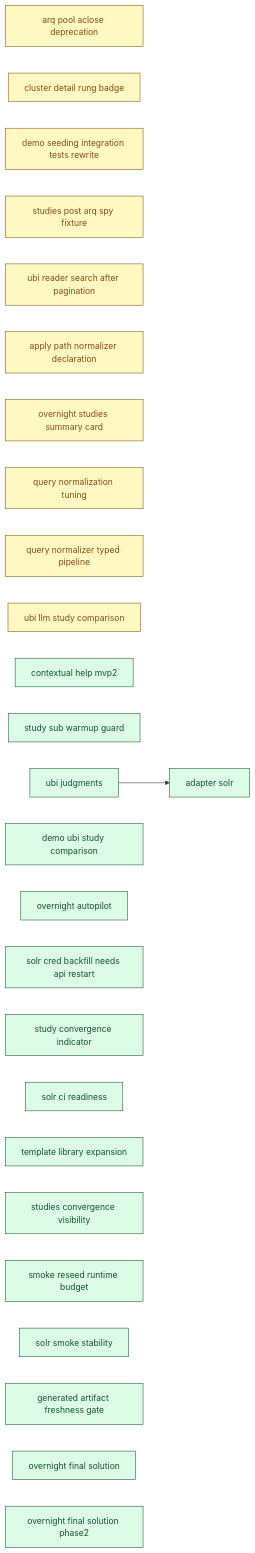
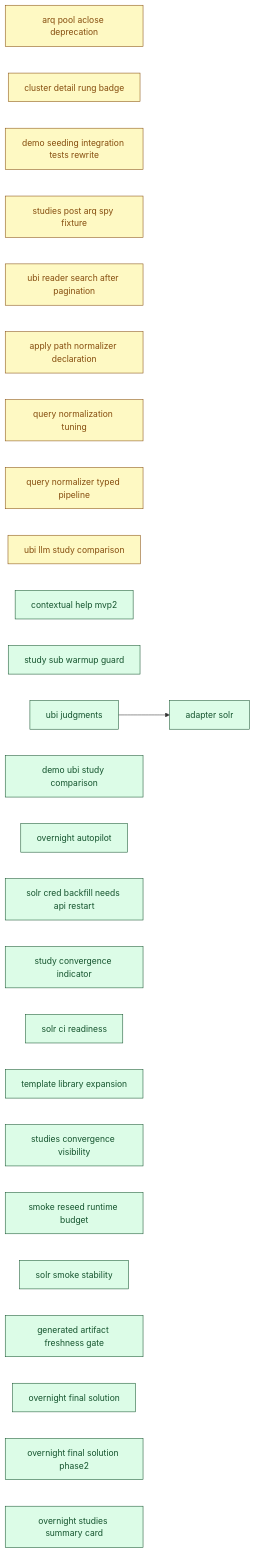
The diagram in docs/00_overview/MVP2_DASHBOARD.md (SoundMindsAI/relyloop), drawn with Mermaid before and after one commit. The commit also changed other lines of this file and 10 other files, not shown here.

First line of the commit message:
docs: finalize feat_overnight_studies_summary_card (PR #444 merged) (#445)

````diff
--- a/docs/00_overview/MVP2_DASHBOARD.md
+++ b/docs/00_overview/MVP2_DASHBOARD.md
@@ -114,61 +114,61 @@
 ```mermaid
 graph LR
   classDef done fill:#dcfce7,stroke:#14532d,color:#14532d;
   classDef implement fill:#ffedd5,stroke:#9a3412,color:#9a3412;
   classDef plan fill:#fef9c3,stroke:#854d0e,color:#854d0e;
   classDef spec fill:#dbeafe,stroke:#1e40af,color:#1e40af;
   classDef idea fill:#f1f5f9,stroke:#334155,color:#334155;
   chore_arq_pool_aclose_deprecation["arq pool aclose deprecation"]
   class chore_arq_pool_aclose_deprecation plan;
   chore_cluster_detail_rung_badge["cluster detail rung badge"]
   class chore_cluster_detail_rung_badge plan;
   chore_demo_seeding_integration_tests_rewrite["demo seeding integration tests rewrite"]
   class chore_demo_seeding_integration_tests_rewrite plan;
   chore_studies_post_arq_spy_fixture["studies post arq spy fixture"]
   class chore_studies_post_arq_spy_fixture plan;
   chore_ubi_reader_search_after_pagination["ubi reader search after pagination"]
   class chore_ubi_reader_search_after_pagination plan;
   feat_apply_path_normalizer_declaration["apply path normalizer declaration"]
   class feat_apply_path_normalizer_declaration plan;
-  feat_overnight_studies_summary_card["overnight studies summary card"]
-  class feat_overnight_studies_summary_card plan;
   feat_query_normalization_tuning["query normalization tuning"]
   class feat_query_normalization_tuning plan;
   feat_query_normalizer_typed_pipeline["query normalizer typed pipeline"]
   class feat_query_normalizer_typed_pipeline plan;
   feat_ubi_llm_study_comparison["ubi llm study comparison"]
   class feat_ubi_llm_study_comparison plan;
   feat_contextual_help_mvp2["contextual help mvp2"]
   class feat_contextual_help_mvp2 done;
   feat_study_sub_warmup_guard["study sub warmup guard"]
   class feat_study_sub_warmup_guard done;
   feat_ubi_judgments["ubi judgments"]
   class feat_ubi_judgments done;
   feat_demo_ubi_study_comparison["demo ubi study comparison"]
   class feat_demo_ubi_study_comparison done;
   feat_overnight_autopilot["overnight autopilot"]
   class feat_overnight_autopilot done;
   infra_adapter_solr["adapter solr"]
   class infra_adapter_solr done;
   chore_solr_cred_backfill_needs_api_restart["solr cred backfill needs api restart"]
   class chore_solr_cred_backfill_needs_api_restart done;
   feat_study_convergence_indicator["study convergence indicator"]
   class feat_study_convergence_indicator done;
   infra_solr_ci_readiness["solr ci readiness"]
   class infra_solr_ci_readiness done;
   chore_template_library_expansion["template library expansion"]
   class chore_template_library_expansion done;
   feat_studies_convergence_visibility["studies convergence visibility"]
   class feat_studies_convergence_visibility done;
   infra_smoke_reseed_runtime_budget["smoke reseed runtime budget"]
   class infra_smoke_reseed_runtime_budget done;
   infra_solr_smoke_stability["solr smoke stability"]
   class infra_solr_smoke_stability done;
   infra_generated_artifact_freshness_gate["generated artifact freshness gate"]
   class infra_generated_artifact_freshness_gate done;
   feat_overnight_final_solution["overnight final solution"]
   class feat_overnight_final_solution done;
   feat_overnight_final_solution_phase2["overnight final solution phase2"]
   class feat_overnight_final_solution_phase2 done;
+  feat_overnight_studies_summary_card["overnight studies summary card"]
+  class feat_overnight_studies_summary_card done;
   feat_ubi_judgments --> infra_adapter_solr
 ```
````
